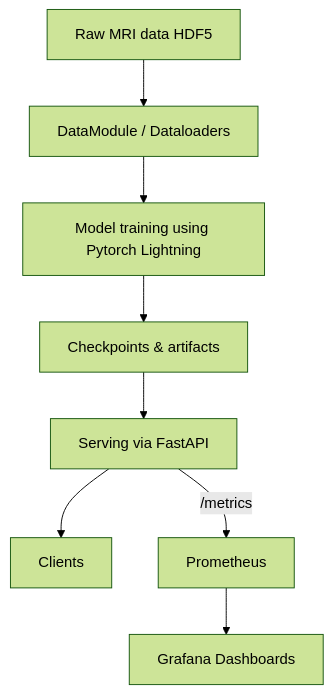
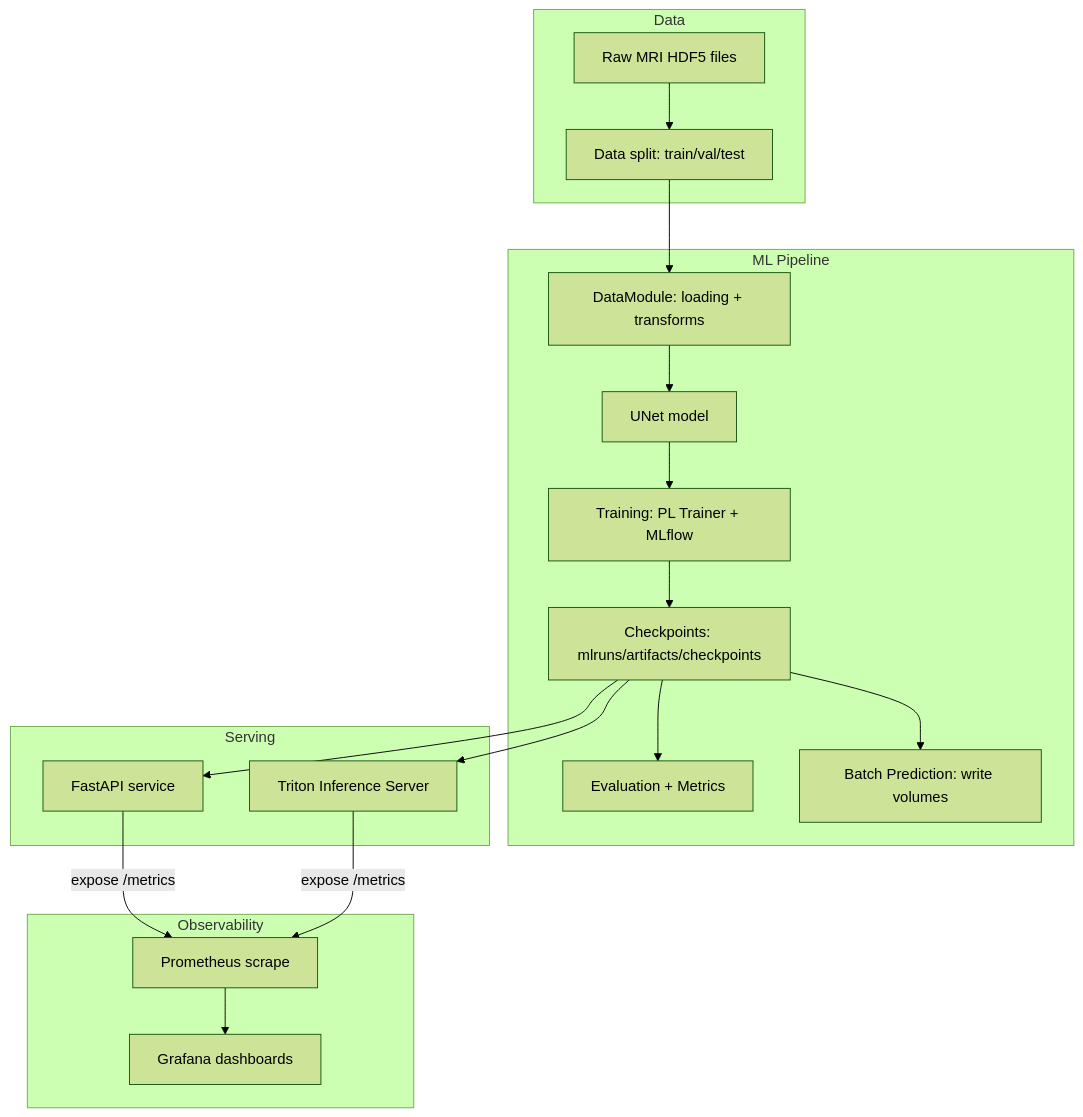
Before and after one commit to mzdwedar/FastMRI-Image-Construction: the first of 2 diagrams in README.md, drawn with Mermaid (forest theme). The commit also changed other lines of this file, not shown here.

````diff
--- a/README.md
+++ b/README.md
@@ -12,10 +12,34 @@
 ```mermaid
-graph TD
-  A[Raw MRI data HDF5] --> B[DataModule / Dataloaders]
-  B --> C[Model training using Pytorch Lightning]
-  C --> D[Checkpoints & artifacts]
-  D --> E[Serving via FastAPI]
-  E --> F[Clients]
-  E -->|/metrics| G[Prometheus]
-  G --> H[Grafana Dashboards]
+graph TB
+  subgraph Data
+    A[Raw MRI HDF5 files]
+    B[Data split: train/val/test]
+  end
+
+  subgraph ML Pipeline
+    C[DataModule: loading + transforms]
+    D[UNet model]
+    E[Training: PL Trainer + MLflow]
+    F[Checkpoints: mlruns/artifacts/checkpoints]
+    G[Evaluation + Metrics]
+    H[Batch Prediction: write volumes]
+  end
+
+  subgraph Serving
+    I[FastAPI service]
+    J[Triton Inference Server]
+  end
+
+  subgraph Observability
+    K[Prometheus scrape]
+    L[Grafana dashboards]
+  end
+
+  A --> B --> C --> D --> E --> F
+  F --> G
+  F --> H
+  F --> I
+  F --> J
+  I -- expose /metrics --> K --> L
+  J -- expose /metrics --> K
 ```
````
